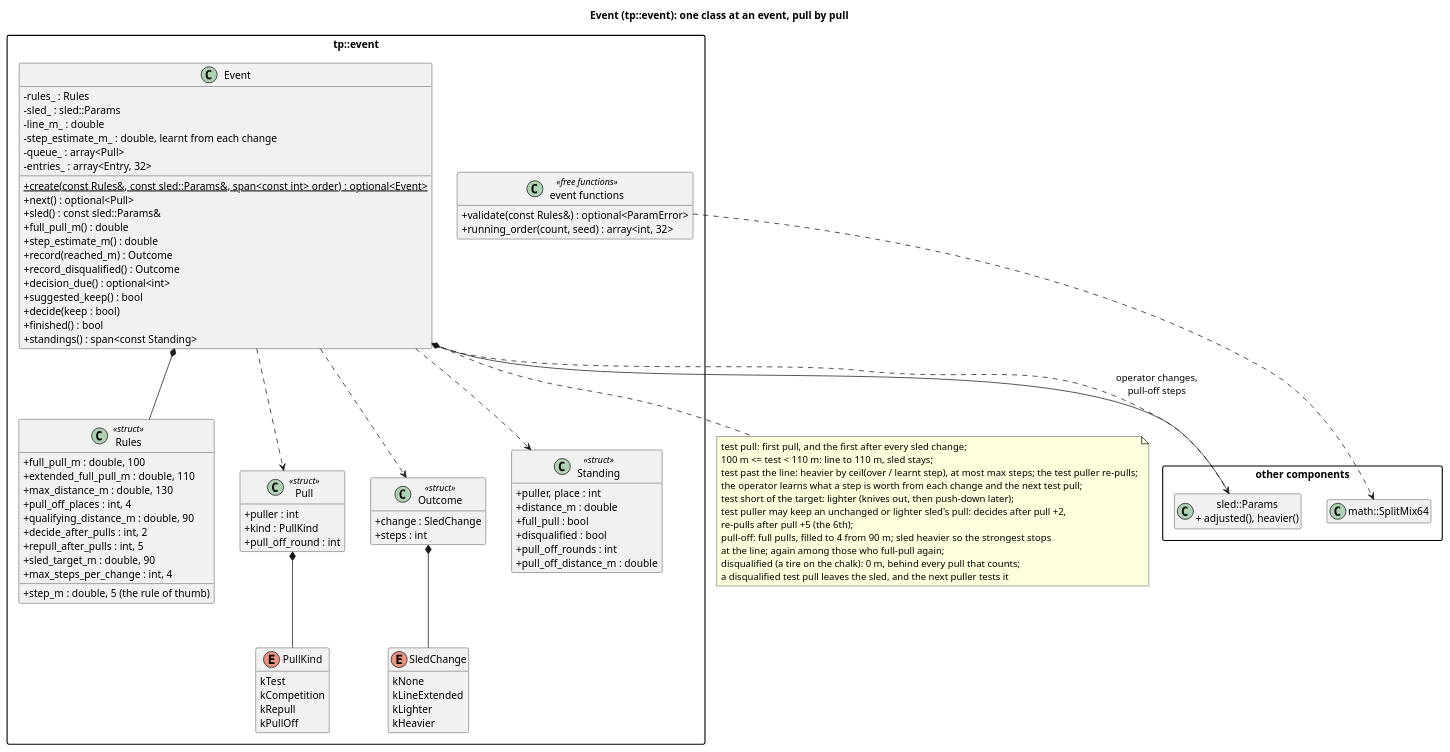
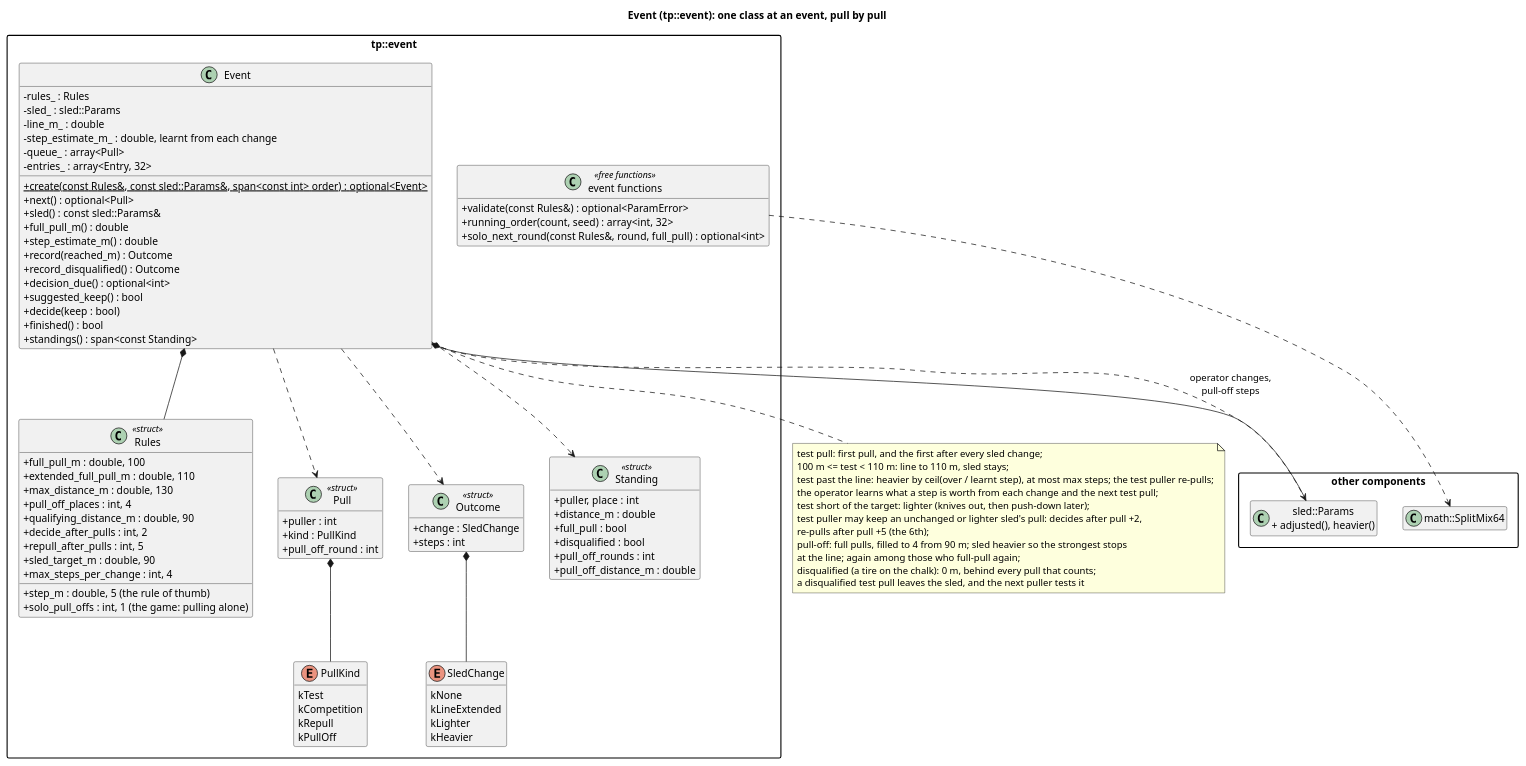
Before and after one commit to wversteeg/TractorPulling: the diagram in docs/diagrams/event_classes.puml, drawn with PlantUML. The commit also changed 7 other files, not shown here.

First line of the commit message:
Event rules: the solo pull-offs

```diff
--- a/docs/diagrams/event_classes.puml
+++ b/docs/diagrams/event_classes.puml
@@ -1,101 +1,103 @@
 @startuml event_classes
 title Event (tp::event): one class at an event, pull by pull
 hide empty members
 skinparam packageStyle rectangle
 skinparam classAttributeIconSize 0
 
 package "other components" {
   class "sled::Params\n+ adjusted(), heavier()" as Sled
   class "math::SplitMix64" as Random
 }
 
 package "tp::event" {
   class Rules <<struct>> {
     +full_pull_m : double, 100
     +extended_full_pull_m : double, 110
     +max_distance_m : double, 130
     +pull_off_places : int, 4
     +qualifying_distance_m : double, 90
     +decide_after_pulls : int, 2
     +repull_after_pulls : int, 5
     +sled_target_m : double, 90
     +step_m : double, 5 (the rule of thumb)
     +max_steps_per_change : int, 4
+    +solo_pull_offs : int, 1 (the game: pulling alone)
   }
   class Pull <<struct>> {
     +puller : int
     +kind : PullKind
     +pull_off_round : int
   }
   enum PullKind {
     kTest
     kCompetition
     kRepull
     kPullOff
   }
   enum SledChange {
     kNone
     kLineExtended
     kLighter
     kHeavier
   }
   class Outcome <<struct>> {
     +change : SledChange
     +steps : int
   }
   class Standing <<struct>> {
     +puller, place : int
     +distance_m : double
     +full_pull : bool
     +disqualified : bool
     +pull_off_rounds : int
     +pull_off_distance_m : double
   }
   class Event {
     -rules_ : Rules
     -sled_ : sled::Params
     -line_m_ : double
     -step_estimate_m_ : double, learnt from each change
     -queue_ : array<Pull>
     -entries_ : array<Entry, 32>
     +{static} create(const Rules&, const sled::Params&, span<const int> order) : optional<Event>
     +next() : optional<Pull>
     +sled() : const sled::Params&
     +full_pull_m() : double
     +step_estimate_m() : double
     +record(reached_m) : Outcome
     +record_disqualified() : Outcome
     +decision_due() : optional<int>
     +suggested_keep() : bool
     +decide(keep : bool)
     +finished() : bool
     +standings() : span<const Standing>
   }
   class "event functions" as EventFns <<free functions>> {
     +validate(const Rules&) : optional<ParamError>
     +running_order(count, seed) : array<int, 32>
+    +solo_next_round(const Rules&, round, full_pull) : optional<int>
   }
   Event *-- Rules
   Event ..> Pull
   Event ..> Outcome
   Event ..> Standing
   Pull *-- PullKind
   Outcome *-- SledChange
 }
 Event *-- Sled
 Event ..> Sled : operator changes,\npull-off steps
 EventFns ..> Random
 note bottom of Event
   test pull: first pull, and the first after every sled change;
   100 m <= test < 110 m: line to 110 m, sled stays;
   test past the line: heavier by ceil(over / learnt step), at most max steps; the test puller re-pulls;
   the operator learns what a step is worth from each change and the next test pull;
   test short of the target: lighter (knives out, then push-down later);
   test puller may keep an unchanged or lighter sled's pull: decides after pull +2,
   re-pulls after pull +5 (the 6th);
   pull-off: full pulls, filled to 4 from 90 m; sled heavier so the strongest stops
   at the line; again among those who full-pull again;
   disqualified (a tire on the chalk): 0 m, behind every pull that counts;
   a disqualified test pull leaves the sled, and the next puller tests it
 end note
 @enduml
```
